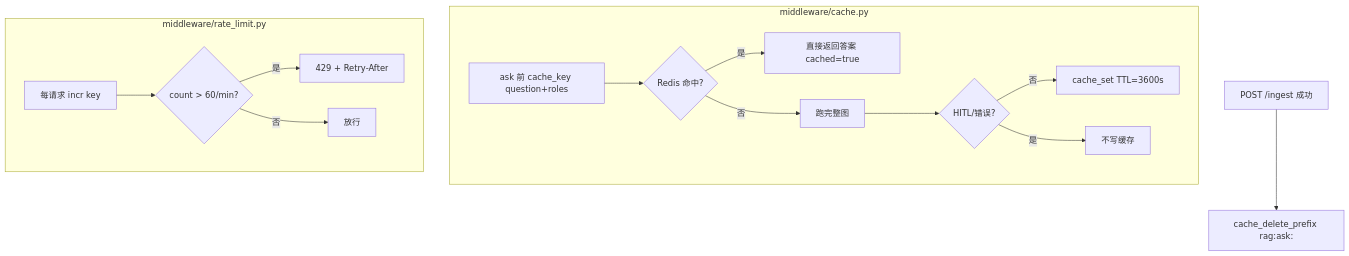
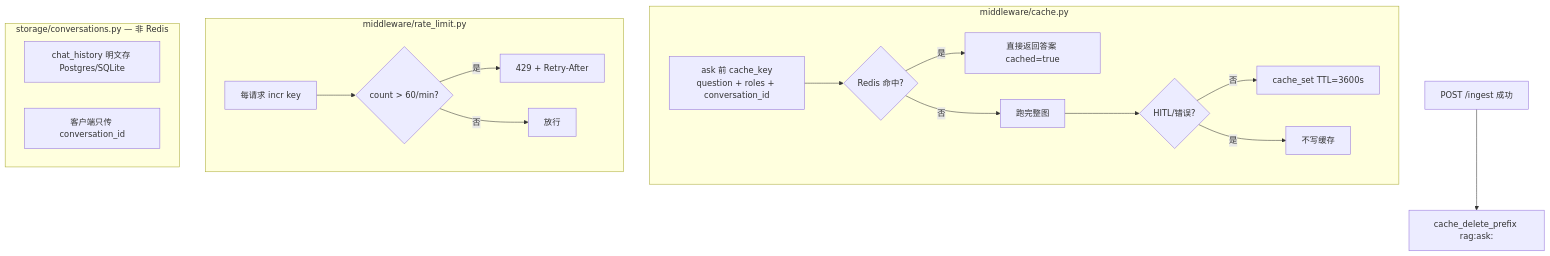
Before and after one commit to charlie-chann/ai-agent-langgraph-main: the sixth of 22 diagrams in project_00_rag_agent/docs/architecture.md, drawn with Mermaid. The commit also changed other lines of this file and 28 other files, not shown here.

Commit message:
docs(project_00): 补充架构图与 Docker/对话链路文档

````diff
--- a/project_00_rag_agent/docs/architecture.md
+++ b/project_00_rag_agent/docs/architecture.md
@@ -314,19 +332,24 @@
 ```mermaid
 flowchart TD
     subgraph Cache["middleware/cache.py"]
-        C1[ask 前 cache_key question+roles] --> C2{Redis 命中?}
+        C1["ask 前 cache_key<br/>question + roles + conversation_id"] --> C2{Redis 命中?}
         C2 -->|是| C3[直接返回答案 cached=true]
         C2 -->|否| C4[跑完整图]
         C4 --> C5{HITL/错误?}
         C5 -->|否| C6[cache_set TTL=3600s]
         C5 -->|是| C7[不写缓存]
     end
 
     subgraph RateLimit["middleware/rate_limit.py"]
         R1[每请求 incr key] --> R2{count > 60/min?}
         R2 -->|是| R3[429 + Retry-After]
         R2 -->|否| R4[放行]
     end
 
+    subgraph History["storage/conversations.py — 非 Redis"]
+        H1[chat_history 明文存 Postgres/SQLite]
+        H2[客户端只传 conversation_id]
+    end
+
     INGEST_DONE[POST /ingest 成功] --> CLEAR[cache_delete_prefix rag:ask:]
 ```
````
